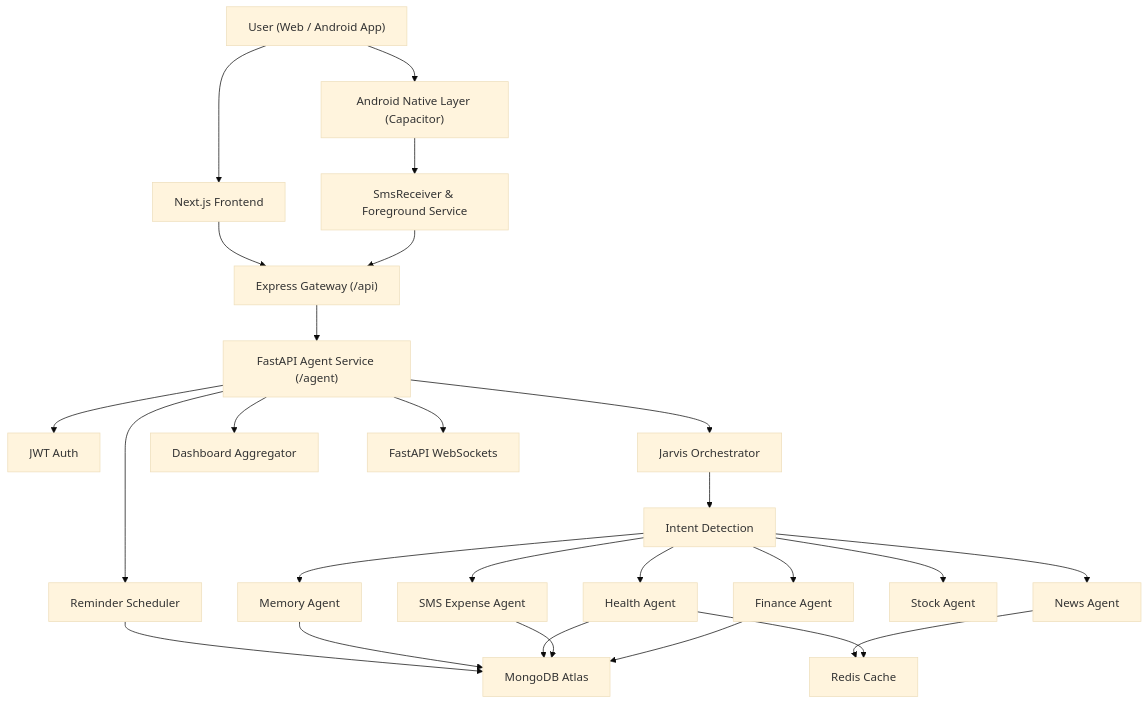
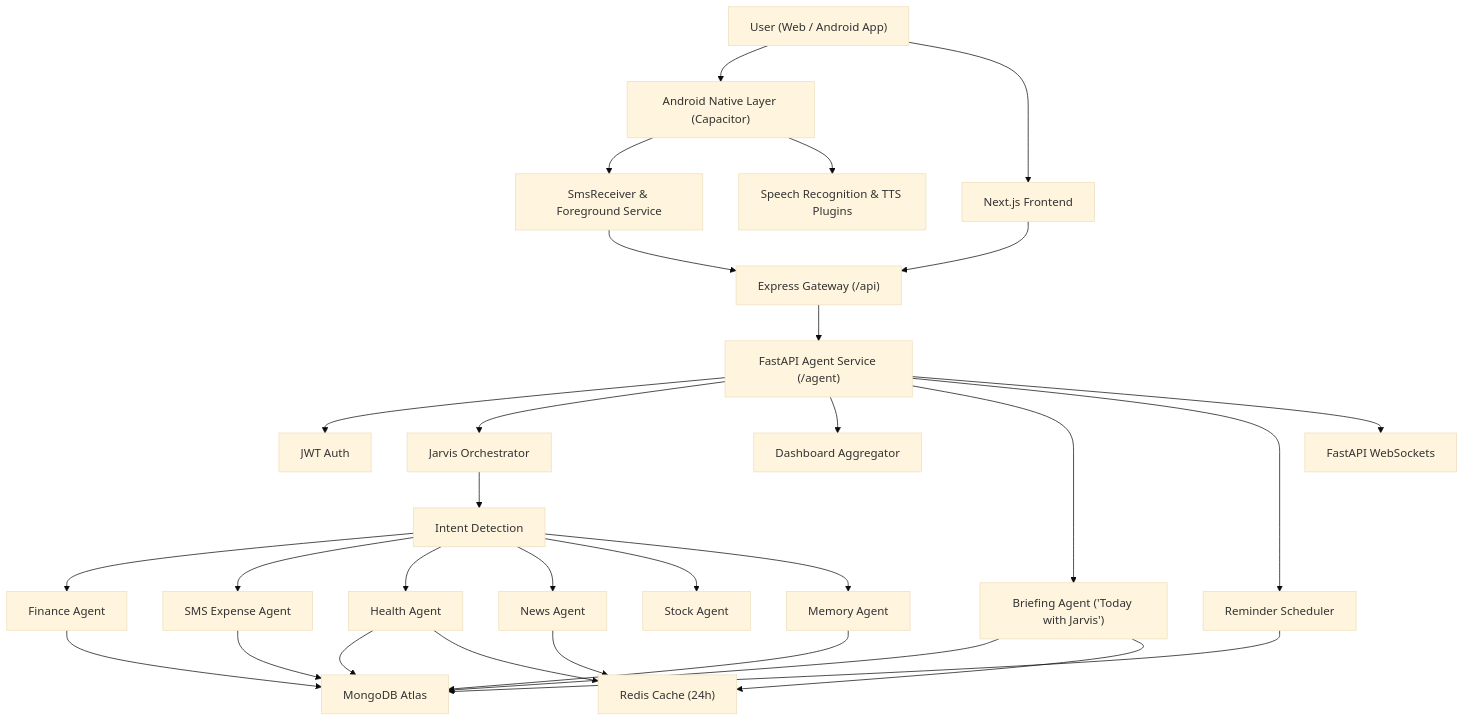
The diagram in README.md (mangalgithub/jarvis), drawn with Mermaid (base theme) before and after one commit. The commit also changed other lines of this file, not shown here.

````diff
--- a/README.md
+++ b/README.md
@@ -137,34 +86,38 @@
 ```mermaid
 graph TD
     User["User (Web / Android App)"] --> AndroidNative["Android Native Layer (Capacitor)"]
     AndroidNative --> SmsReceiver["SmsReceiver & Foreground Service"]
+    AndroidNative --> SpeechPlugin["Speech Recognition & TTS Plugins"]
     SmsReceiver --> Gateway["Express Gateway (/api)"]
     User --> Frontend["Next.js Frontend"]
     Frontend --> Gateway
 
     Gateway --> FastAPI["FastAPI Agent Service (/agent)"]
 
     FastAPI --> Auth["JWT Auth"]
     FastAPI --> Orchestrator["Jarvis Orchestrator"]
     FastAPI --> Dashboard["Dashboard Aggregator"]
+    FastAPI --> BriefingAgent["Briefing Agent ('Today with Jarvis')"]
     FastAPI --> Scheduler["Reminder Scheduler"]
     FastAPI --> WS["FastAPI WebSockets"]
 
     Orchestrator --> Intent["Intent Detection"]
 
     Intent --> Finance["Finance Agent"]
     Intent --> SmsAgent["SMS Expense Agent"]
     Intent --> Health["Health Agent"]
     Intent --> News["News Agent"]
     Intent --> Stocks["Stock Agent"]
     Intent --> Memory["Memory Agent"]
 
     Finance --> MongoDB["MongoDB Atlas"]
     SmsAgent --> MongoDB
+    BriefingAgent --> MongoDB
     Health --> MongoDB
     Memory --> MongoDB
     Scheduler --> MongoDB
 
-    Health --> Redis["Redis Cache"]
+    BriefingAgent --> Redis["Redis Cache (24h)"]
+    Health --> Redis
     News --> Redis
 ```
````
